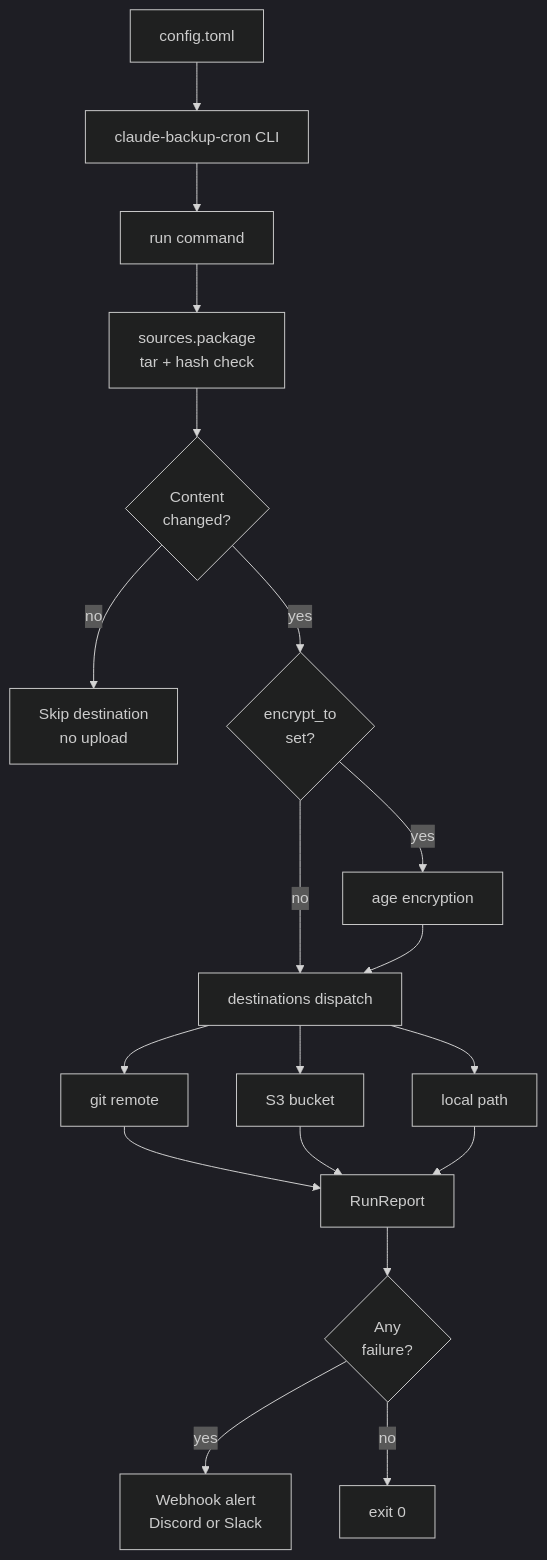
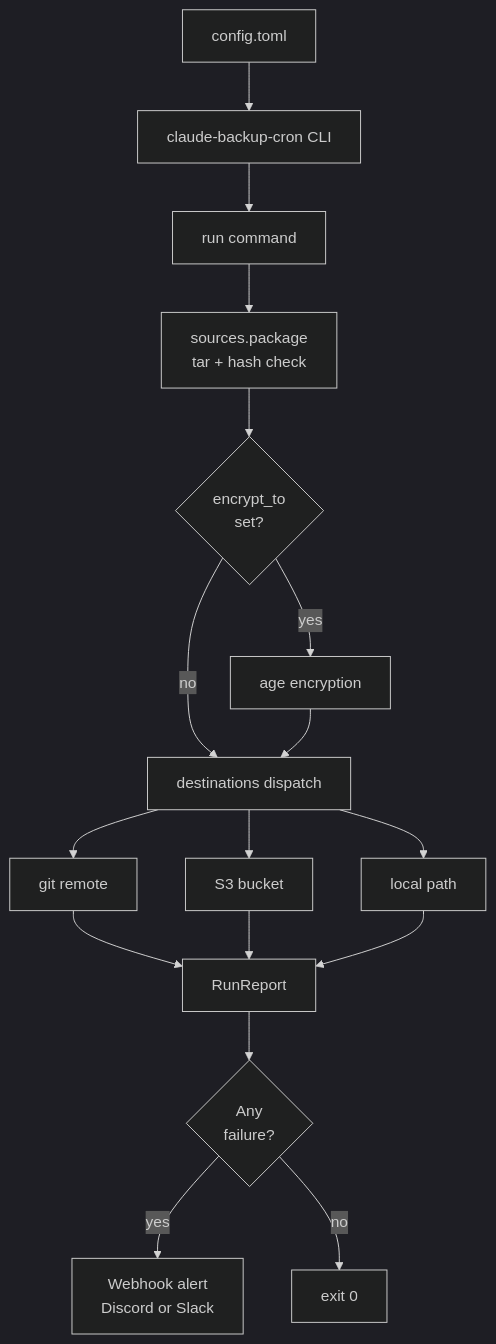
One commit to hinanohart/claude-backup-cron changed the diagram in README.md. Above: the diagram before and after it, drawn with Mermaid (dark theme). The commit also changed other lines of this file, not shown here.

Commit message:
docs: QA fix (rendering/content)

````diff
--- a/README.md
+++ b/README.md
@@ -17,21 +17,19 @@
 ```mermaid
 flowchart TD
     Config[config.toml] --> CLI[claude-backup-cron CLI]
     CLI --> run_cmd[run command]
     run_cmd --> sources_pkg[sources.package<br>tar + hash check]
-    sources_pkg --> changed{Content<br>changed?}
-    changed -- no --> skip[Skip destination<br>no upload]
-    changed -- yes --> encrypt{encrypt_to<br>set?}
+    sources_pkg --> encrypt{encrypt_to<br>set?}
     encrypt -- yes --> age_enc[age encryption]
     encrypt -- no --> dest_dispatch
     age_enc --> dest_dispatch[destinations dispatch]
     dest_dispatch --> git_dest[git remote]
     dest_dispatch --> s3_dest[S3 bucket]
     dest_dispatch --> local_dest[local path]
     git_dest --> report[RunReport]
     s3_dest --> report
     local_dest --> report
     report --> alert{Any<br>failure?}
     alert -- yes --> webhook[Webhook alert<br>Discord or Slack]
     alert -- no --> exit0[exit 0]
 ```
````
